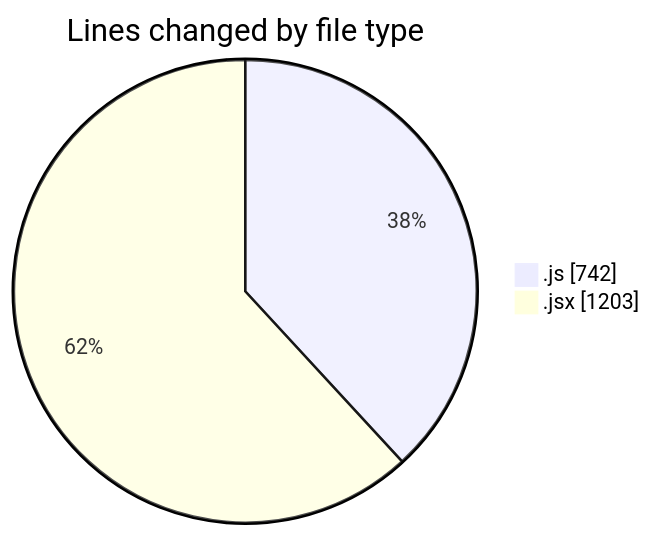
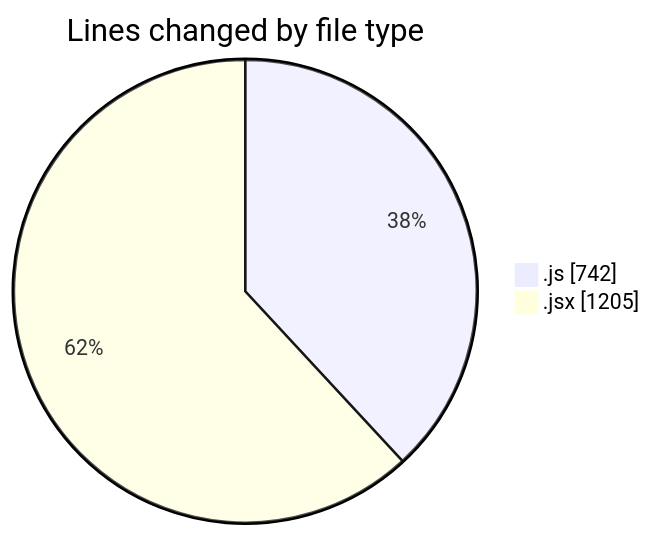
Before and after one commit to nxtqubesakshisongat/code-tracking: the first of 2 diagrams in 2025-08-29/nxtqube_webapp/README.md, drawn with Mermaid. The commit also changed other lines of this file and 1 other file, not shown here.

````diff
--- a/2025-08-29/nxtqube_webapp/README.md
+++ b/2025-08-29/nxtqube_webapp/README.md
@@ -23,6 +23,6 @@
 ```mermaid
 pie showData
 title Lines changed by file type
 ".js" : 742
-".jsx" : 1203
+".jsx" : 1205
 ```
````
